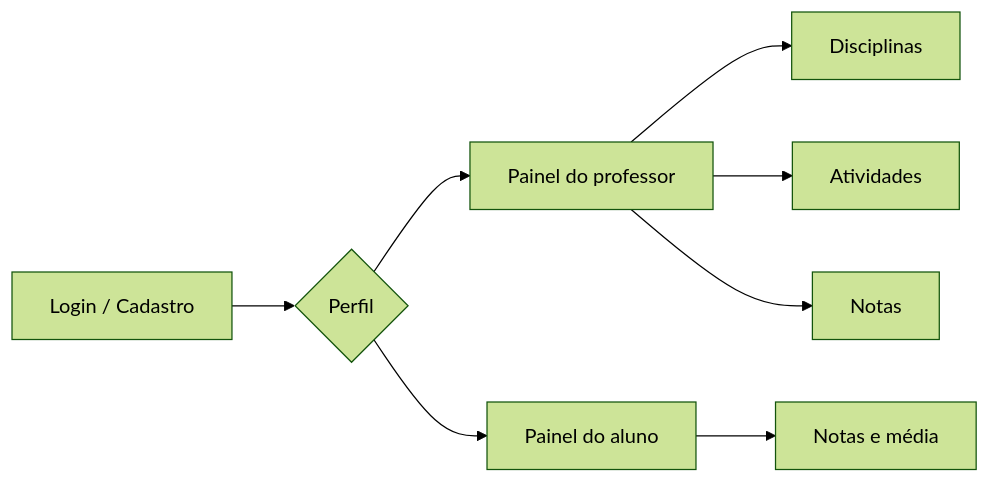
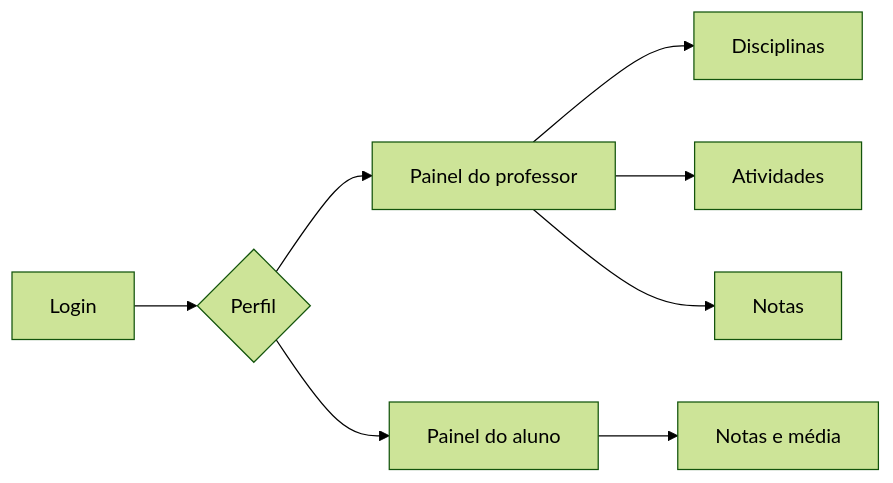
The diagram in README.md (DevCaverna/acadflow-design), drawn with Mermaid (forest theme) before and after one commit. The commit also changed other lines of this file and 2 other files, not shown here.

Commit message:
docs: restrict signup design to students

````diff
--- a/README.md
+++ b/README.md
@@ -19,10 +19,10 @@
 ```mermaid
 flowchart LR
-    Login["Login / Cadastro"] --> Perfil{"Perfil"}
+    Login["Login"] --> Perfil{"Perfil"}
     Perfil --> Prof["Painel do professor"]
     Perfil --> Aluno["Painel do aluno"]
     Prof --> PD["Disciplinas"]
     Prof --> PA["Atividades"]
     Prof --> PN["Notas"]
     Aluno --> AN["Notas e média"]
 ```
````
